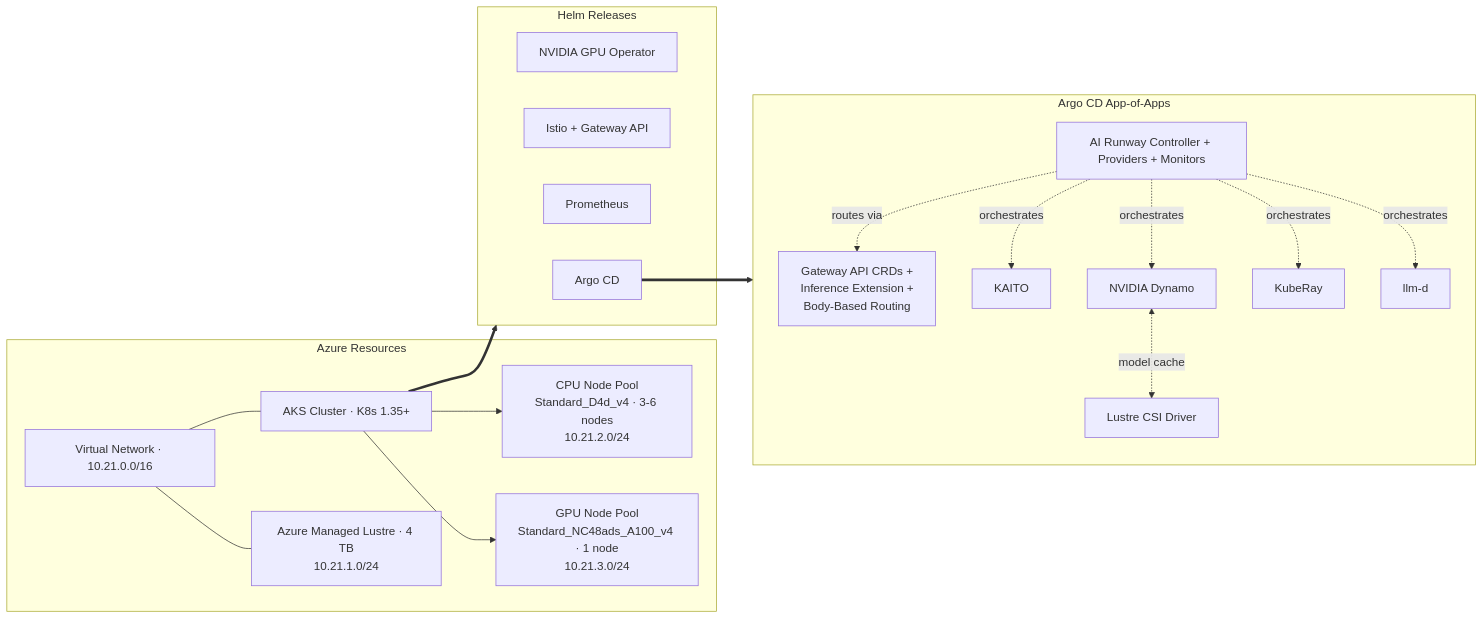
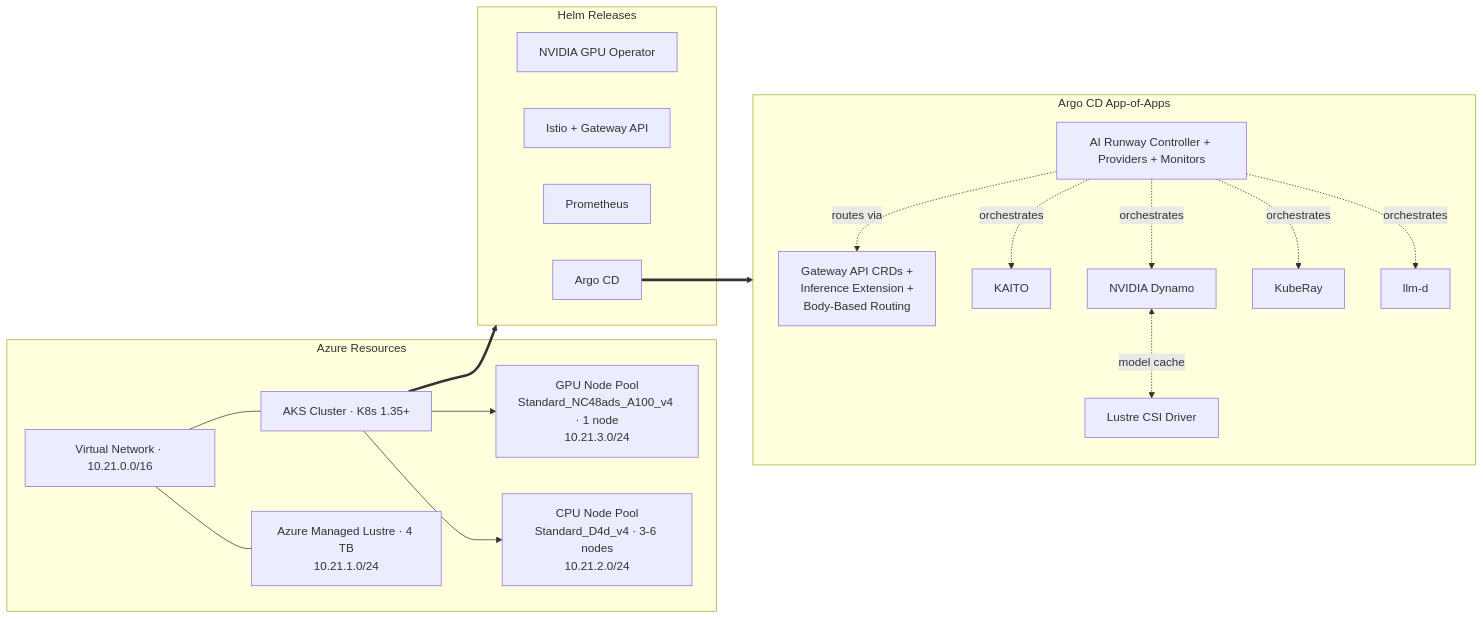
One commit to microsoft/Build26-LAB510-take-llms-from-prototype-to-production-on-aks changed the diagram in docs/README.md. Above: the diagram before and after it, drawn with Mermaid. The commit also changed other lines of this file and 3 other files, not shown here.

Commit message:
Update README and appendix to include missing CPU Node Pool details and add new image files

````diff
--- a/docs/README.md
+++ b/docs/README.md
@@ -83,42 +83,42 @@
 ```mermaid
 graph LR
     subgraph Azure["Azure Resources"]
         VNet["Virtual Network · 10.21.0.0/16"]
         AKS["AKS Cluster · K8s 1.35+"]
         Lustre["Azure Managed Lustre · 4 TB<br/>10.21.1.0/24"]
+        InferenceNP["GPU Node Pool<br/>Standard_NC48ads_A100_v4 · 1 node<br/>10.21.3.0/24"]
         DefaultNP["CPU Node Pool<br/>Standard_D4d_v4 · 3-6 nodes<br/>10.21.2.0/24"]
-        InferenceNP["GPU Node Pool<br/>Standard_NC48ads_A100_v4 · 1 node<br/>10.21.3.0/24"]
     end
 
     subgraph Installed["Helm Releases"]
         GPU["NVIDIA GPU Operator"]
         Istio["Istio + Gateway API"]
         Prom["Prometheus"]
         ArgoCD["Argo CD"]
     end
 
     subgraph Apps["Argo CD App-of-Apps"]
         GW["Gateway API CRDs +<br/>Inference Extension +<br/>Body-Based Routing"]
         AIRunway["AI Runway Controller + Providers + Monitors"]
         KAITO["KAITO"]
         Dynamo["NVIDIA Dynamo"]
         llm-d[llm-d]
         LustreCSI["Lustre CSI Driver"]
         KubeRay["KubeRay"]
     end
 
     VNet --- AKS
     VNet --- Lustre
     AKS --> DefaultNP
     AKS --> InferenceNP
 
     AKS ==> Installed
     ArgoCD ==> Apps
 
     AIRunway -.->|orchestrates| KAITO
     AIRunway -.->|orchestrates| Dynamo
     AIRunway -.->|orchestrates| KubeRay
     AIRunway -.->|orchestrates| llm-d
     AIRunway -.->|routes via| GW
     Dynamo <-.->|model cache| LustreCSI
 ```
````
